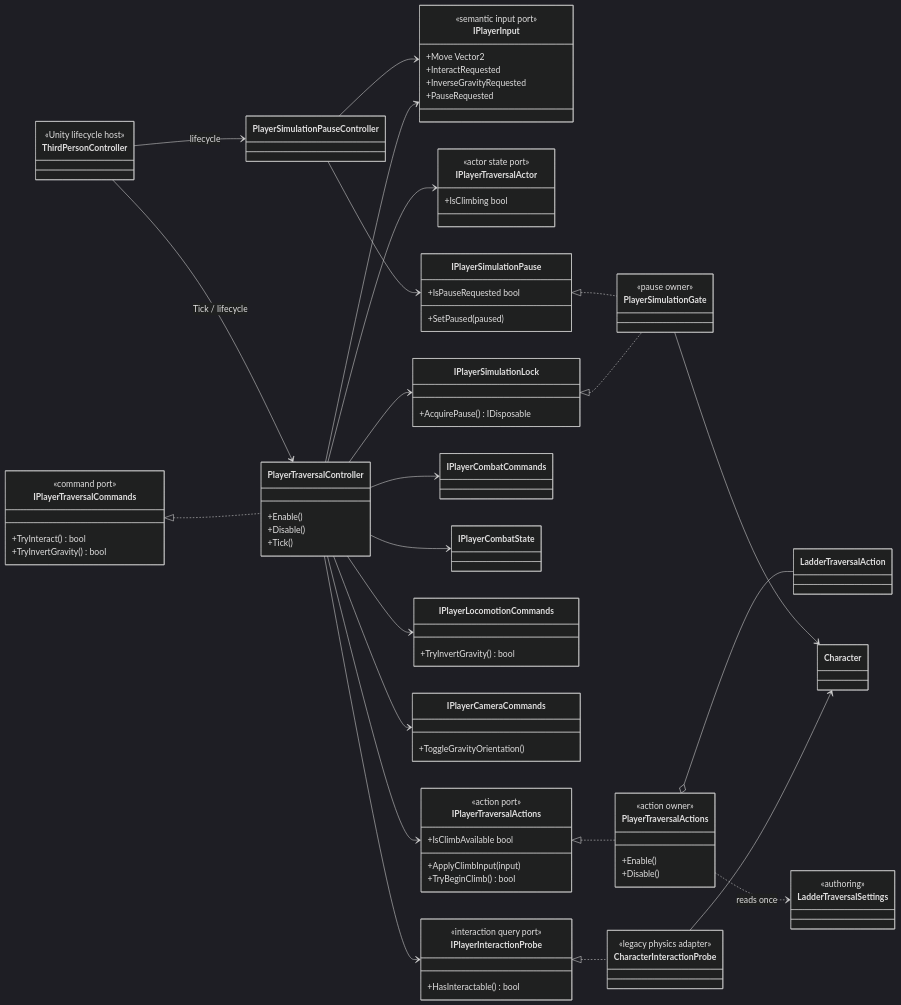
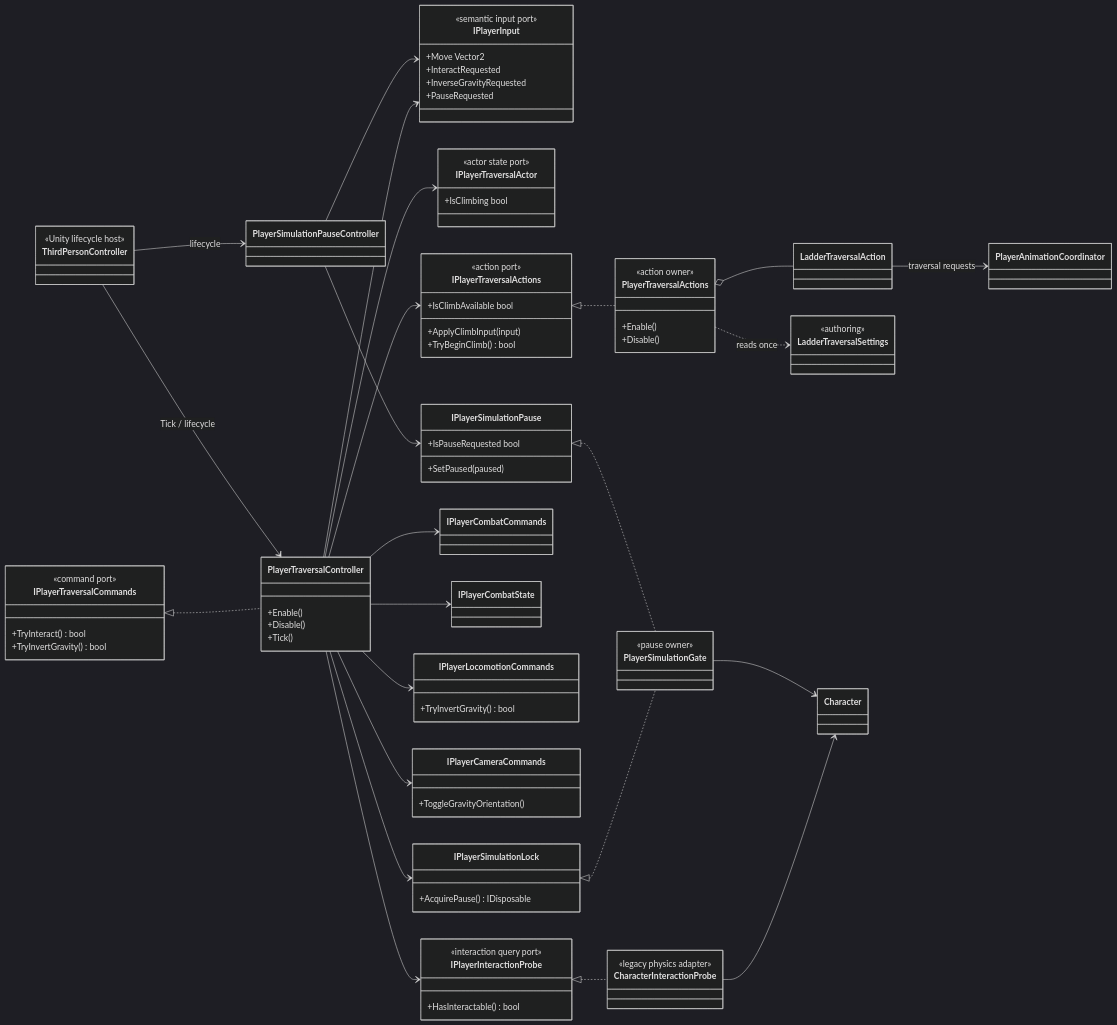
Before and after one commit to MaximFonariuc/project-s: the first of 2 diagrams in Docs/Architecture/Player.Traversal.md, drawn with Mermaid (dark theme). The commit also changed 18 other files, not shown here.

Commit message:
feat: arbitrate player animation states

```diff
--- a/Docs/Architecture/Player.Traversal.md
+++ b/Docs/Architecture/Player.Traversal.md
@@ -52,6 +52,7 @@
         +Disable()
     }
     class LadderTraversalAction
+    class PlayerAnimationCoordinator
     class LadderTraversalSettings {
         <<authoring>>
     }
@@ -91,6 +92,7 @@
     PlayerTraversalController --> IPlayerSimulationLock
     IPlayerTraversalActions <|.. PlayerTraversalActions
     PlayerTraversalActions o-- LadderTraversalAction
+    LadderTraversalAction --> PlayerAnimationCoordinator : traversal requests
     PlayerTraversalActions ..> LadderTraversalSettings : reads once
     IPlayerInteractionProbe <|.. CharacterInteractionProbe
     CharacterInteractionProbe --> Character
```
